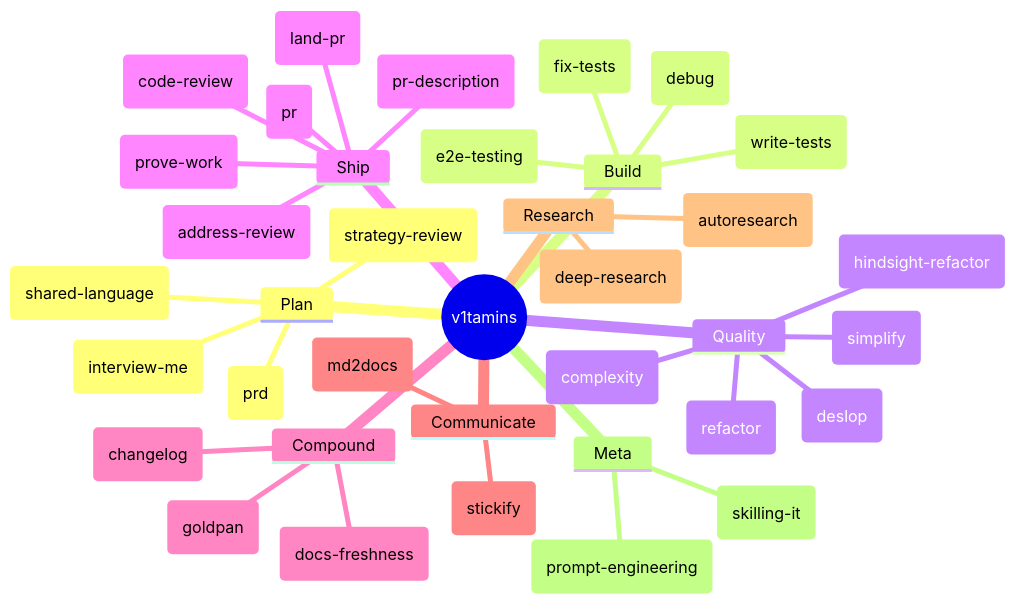
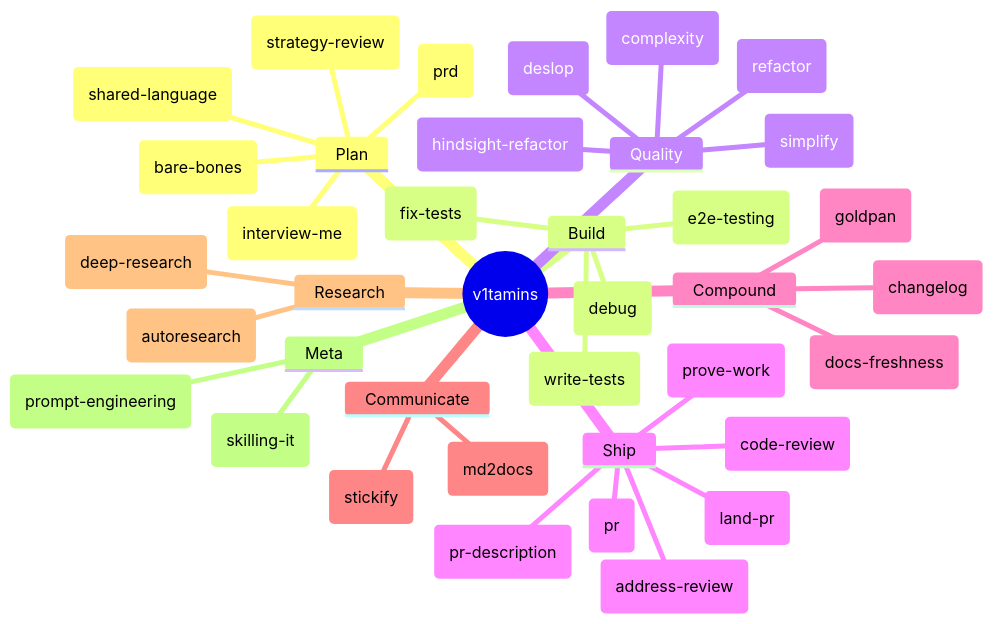
One commit to v1-io/v1tamins changed the first of 6 diagrams in README.md. Above: the diagram before and after it, drawn with Mermaid. The commit also changed other lines of this file and 4 other files, not shown here.

````diff
--- a/README.md
+++ b/README.md
@@ -18,40 +18,41 @@
 ```mermaid
 mindmap
   root((v1tamins))
     Plan
       ("interview-me")
       ("strategy-review")
+      ("bare-bones")
       ("shared-language")
       (prd)
     Build
       (debug)
       ("fix-tests")
       ("write-tests")
       ("e2e-testing")
     Quality
       (simplify)
       (deslop)
       (refactor)
       (complexity)
       ("hindsight-refactor")
     Ship
       (pr)
       ("pr-description")
       ("land-pr")
       ("code-review")
       ("address-review")
       ("prove-work")
     Compound
       (goldpan)
       ("docs-freshness")
       (changelog)
     Communicate
       (stickify)
       (md2docs)
     Research
       ("deep-research")
       (autoresearch)
     Meta
       ("skilling-it")
       ("prompt-engineering")
 ```
````
